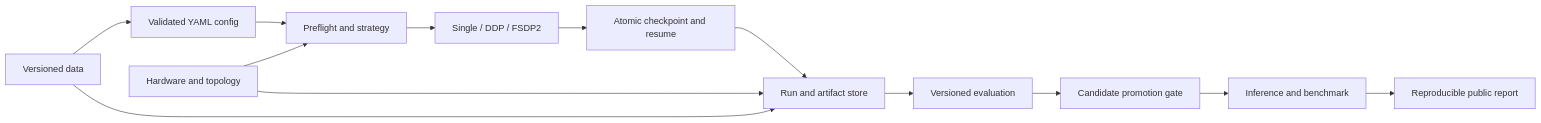
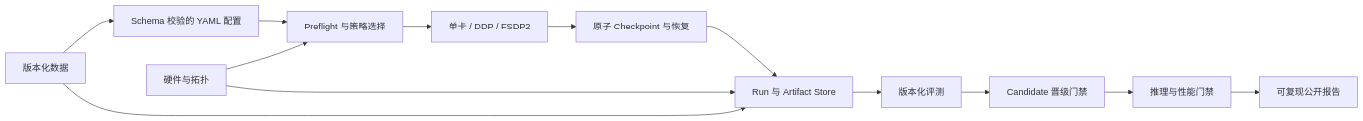
Before and after one commit to JayYu686/TinyLLM-System: the diagram in README.md, drawn with Mermaid. The commit also changed other lines of this file and 8 other files, not shown here.

````diff
--- a/README.md
+++ b/README.md
@@ -94,15 +68,15 @@
 ```mermaid
 flowchart LR
-    A[Versioned data] --> B[Validated YAML config]
-    H[Hardware and topology] --> P[Preflight and strategy]
+    A[版本化数据] --> B[Schema 校验的 YAML 配置]
+    H[硬件与拓扑] --> P[Preflight 与策略选择]
     B --> P
-    P --> T[Single / DDP / FSDP2]
-    T --> C[Atomic checkpoint and resume]
-    C --> R[Run and artifact store]
-    R --> E[Versioned evaluation]
-    E --> G[Candidate promotion gate]
-    G --> I[Inference and benchmark]
-    I --> X[Reproducible public report]
+    P --> T[单卡 / DDP / FSDP2]
+    T --> C[原子 Checkpoint 与恢复]
+    C --> R[Run 与 Artifact Store]
+    R --> E[版本化评测]
+    E --> G[Candidate 晋级门禁]
+    G --> I[推理与性能门禁]
+    I --> X[可复现公开报告]
     A --> R
     H --> R
 ```
````
